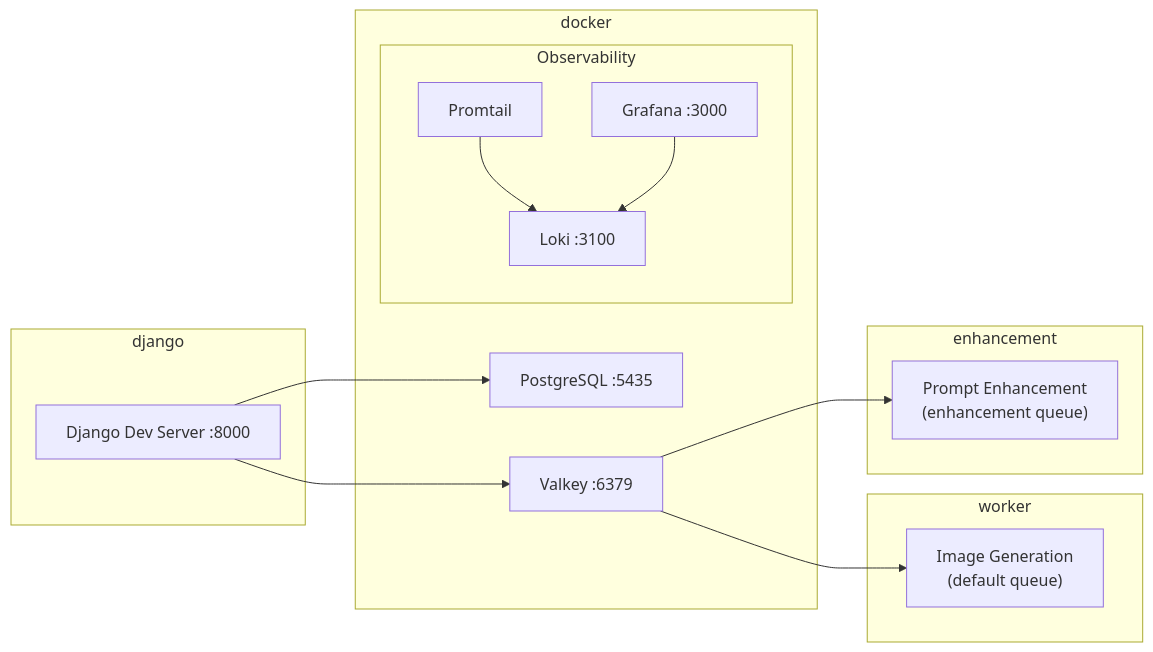
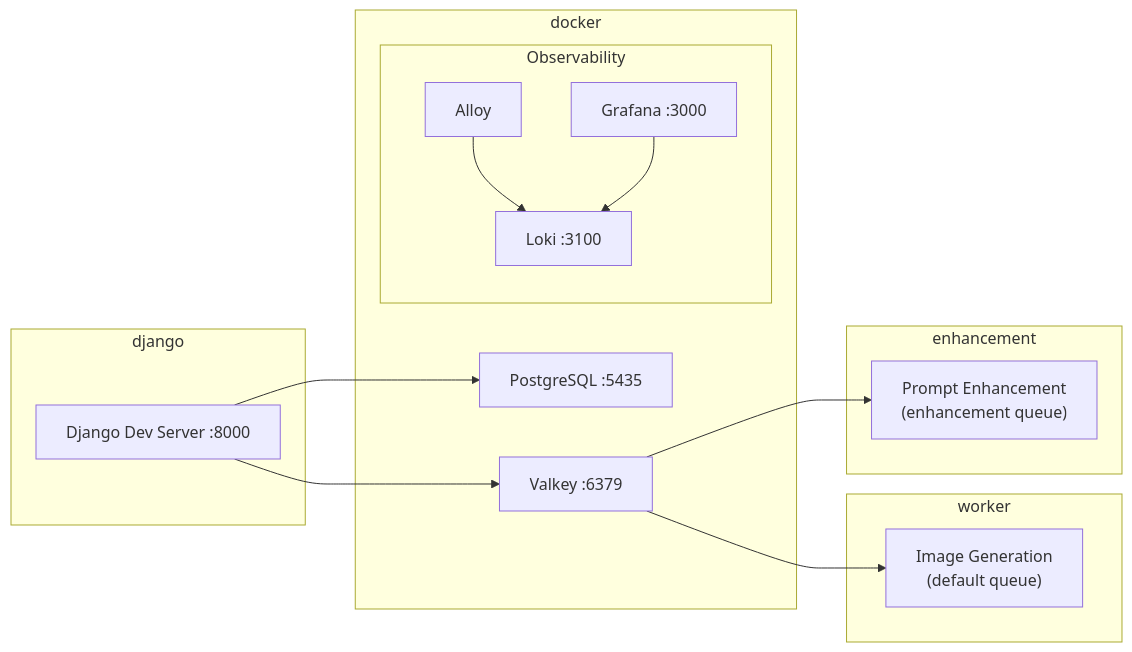
Before and after one commit to andrewmarconi/creative-workflow: the second of 6 diagrams in docs/guides/architecture.rst, drawn with Mermaid. The commit also changed other lines of this file and 4 other files, not shown here.

First line of the commit message:
Migrate from Promtail to Grafana Alloy

```diff
--- a/docs/guides/architecture.rst
+++ b/docs/guides/architecture.rst
@@ -64,31 +64,31 @@
 .. mermaid::
 
    flowchart LR
        subgraph docker["docker"]
            pg["PostgreSQL :5435"]
            valkey["Valkey :6379"]
            subgraph observability["Observability"]
                loki["Loki :3100"]
-               promtail["Promtail"]
+               alloy["Alloy"]
                grafana["Grafana :3000"]
            end
        end
 
        subgraph django["django"]
            server["Django Dev Server :8000"]
        end
 
        subgraph worker["worker"]
            gen["Image Generation<br/>(default queue)"]
        end
 
        subgraph enhancement["enhancement"]
            llm["Prompt Enhancement<br/>(enhancement queue)"]
        end
 
        server --> valkey
        valkey --> gen
        valkey --> llm
        server --> pg
-       promtail --> loki
+       alloy --> loki
        grafana --> loki
```
